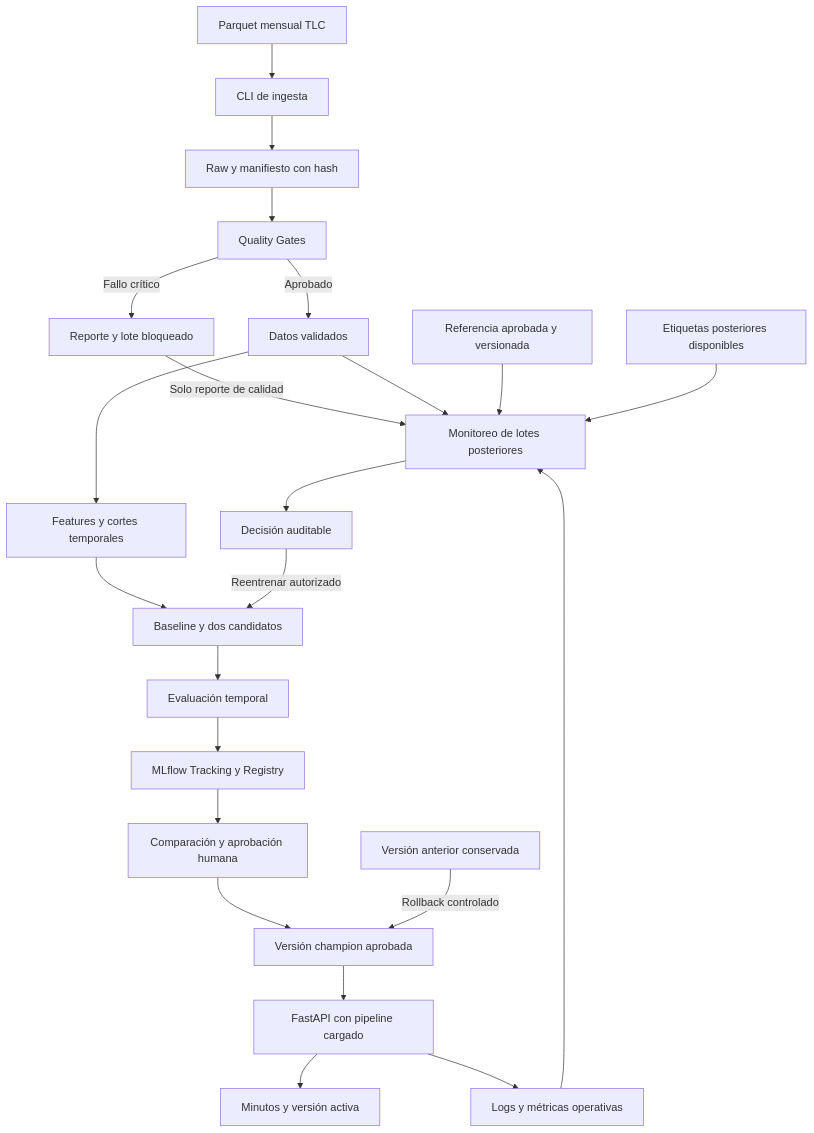
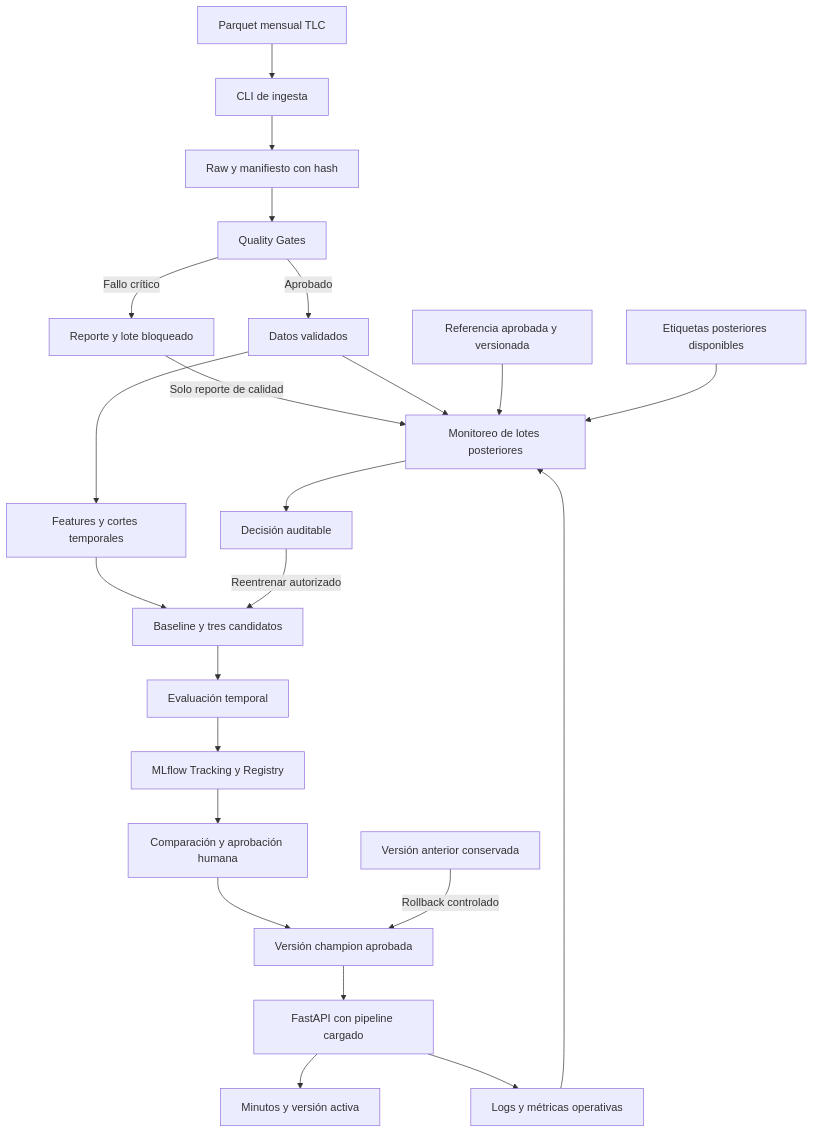
The diagram in docs/architecture.md (ModoJorgeBT/nyc-yellow-taxi-mlops), drawn with Mermaid before and after one commit. The commit also changed other lines of this file and 93 other files, not shown here.

````diff
--- a/docs/architecture.md
+++ b/docs/architecture.md
@@ -13,25 +13,25 @@
 ```mermaid
 flowchart TD
     TLC[Parquet mensual TLC] --> ING[CLI de ingesta]
     ING --> RAW[Raw y manifiesto con hash]
     RAW --> DQ[Quality Gates]
     DQ -->|Fallo crítico| FAIL[Reporte y lote bloqueado]
     FAIL -->|Solo reporte de calidad| MON
     DQ -->|Aprobado| VAL[Datos validados]
     VAL --> FEAT[Features y cortes temporales]
-    FEAT --> TRAIN[Baseline y dos candidatos]
+    FEAT --> TRAIN[Baseline y tres candidatos]
     TRAIN --> EVAL[Evaluación temporal]
     EVAL --> REG[MLflow Tracking y Registry]
     REG --> REVIEW[Comparación y aprobación humana]
     REVIEW --> CHAMP[Versión champion aprobada]
     CHAMP --> API[FastAPI con pipeline cargado]
     API --> CLIENT[Minutos y versión activa]
     API --> OPS[Logs y métricas operativas]
     VAL --> MON[Monitoreo de lotes posteriores]
     REF[Referencia aprobada y versionada] --> MON
     OPS --> MON
     GT[Etiquetas posteriores disponibles] --> MON
     MON --> DEC[Decisión auditable]
     DEC -->|Reentrenar autorizado| TRAIN
     PREV[Versión anterior conservada] -->|Rollback controlado| CHAMP
 ```
````
